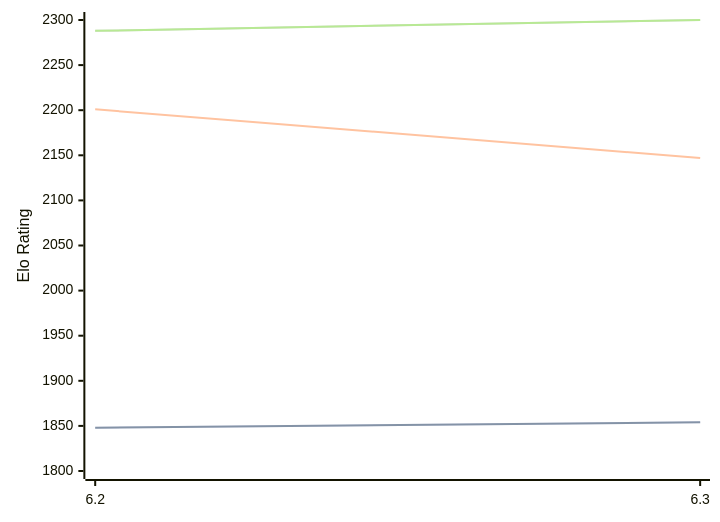
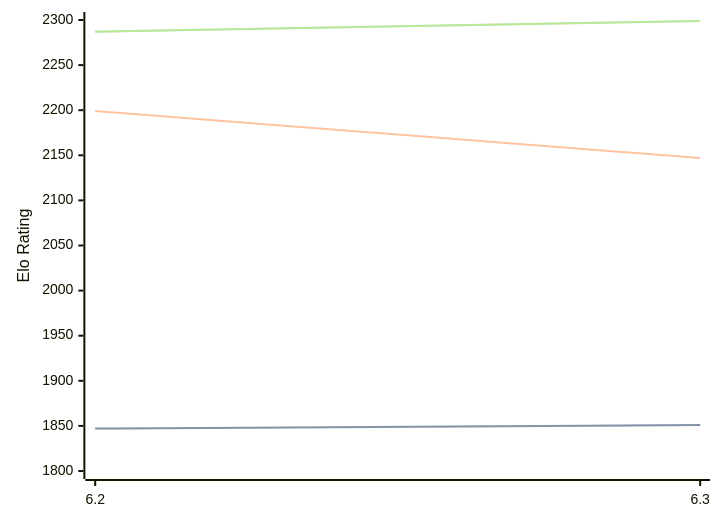
Before and after one commit to computer-chess-index/cci: the third of 3 diagrams in engines/chess4j.md, drawn with Mermaid. The commit also changed other lines of this file, not shown here.

Commit message:
Update CCI Ratings (ELO VLTC) - 2026-06-26

````diff
--- a/engines/chess4j.md
+++ b/engines/chess4j.md
@@ -71,11 +71,11 @@
 ```mermaid
 %%{init: {"theme":"base","themeVariables":{"seriesColors:['#a3a3a3','#222221','#faa371']}}}%%
 xychart-beta
   x-axis ["6.2", "6.3"]
   y-axis "Elo Rating" 1800 --> 2300
-  line "STC (8.0+0.08s)" [1848, 1854]
-  line "STC (8.0+0.08s)" [1848, 1854]
-  line "LTC (60.0+0.60s)" [2201, 2147]
-  line "VLTC (2m24s+1.12s)" [2288, 2300]
-  line "VLTC (2m24s+1.12s)" [2288, 2300]
+  line "STC (8.0+0.08s)" [1847, 1851]
+  line "STC (8.0+0.08s)" [1847, 1851]
+  line "LTC (60.0+0.60s)" [2199, 2147]
+  line "VLTC (2m24s+1.12s)" [2287, 2299]
+  line "VLTC (2m24s+1.12s)" [2287, 2299]
 ```
````
